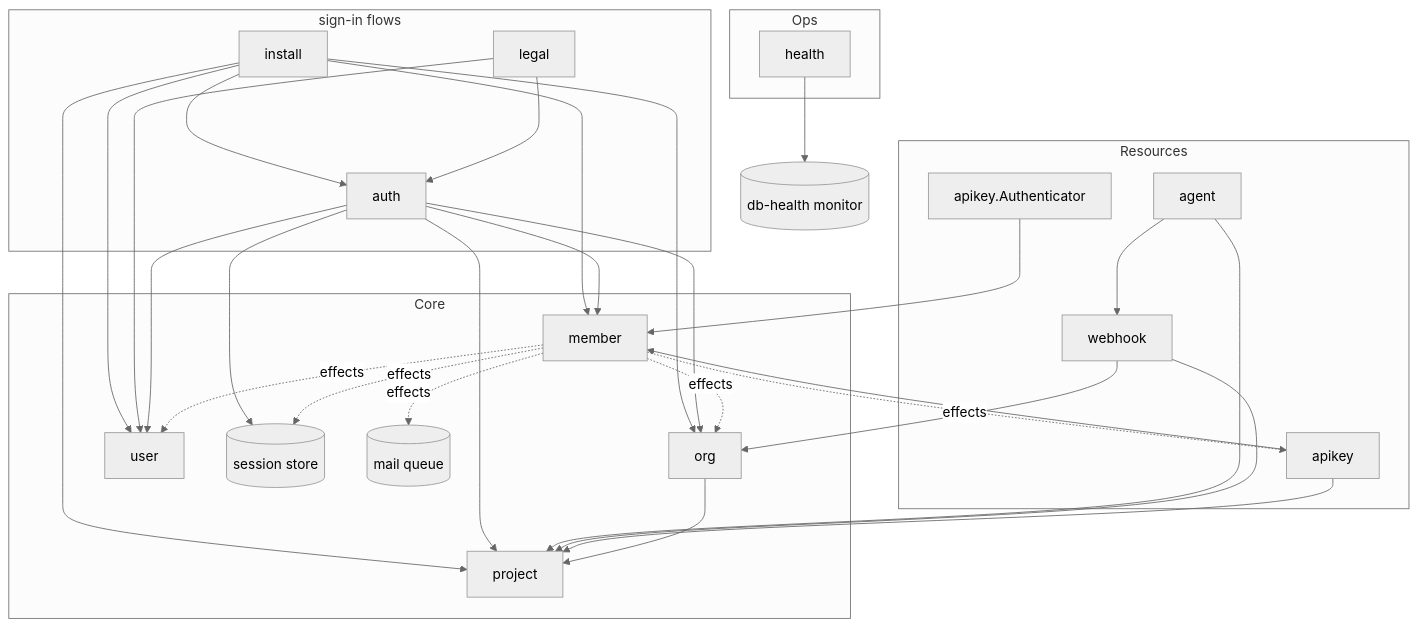
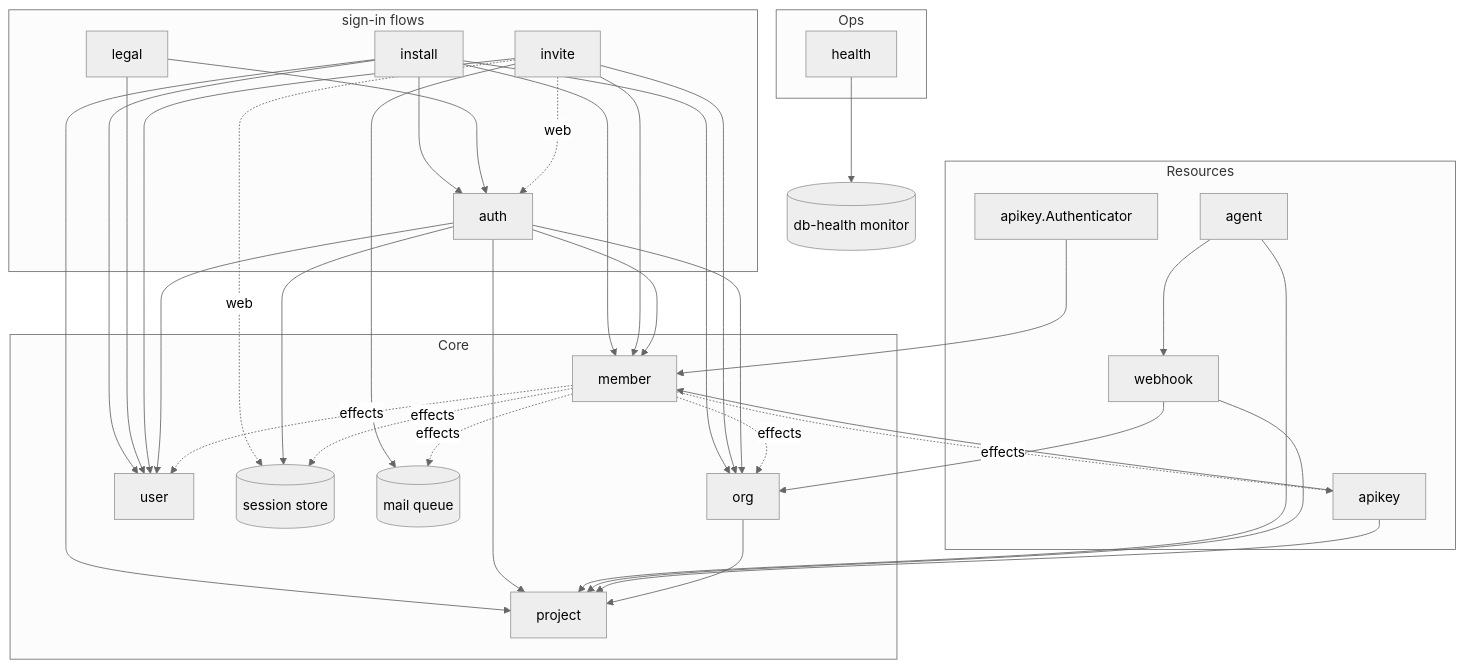
Before and after one commit to altalune-id/oagent: the third of 3 diagrams in internal/boot/README.md, drawn with Mermaid (neutral theme). The commit also changed other lines of this file and 19 other files, not shown here.

Commit message:
feat(web): invite landing with one-step join and a confirmed accept

````diff
--- a/internal/boot/README.md
+++ b/internal/boot/README.md
@@ -101,41 +103,44 @@
 ```mermaid
 flowchart TD
     subgraph Flows["sign-in flows"]
         install
         legal
         auth
+        invite
     end
     subgraph Ops
         health
     end
     subgraph Resources
         agent
         webhook
         apikey
         keyAuthn["apikey.Authenticator"]
     end
     subgraph Core
         org
         project
         member
         user
         sessions[(session store)]
         mailqueue[(mail queue)]
     end
 
     install --> auth
     legal --> auth
     install --> user & org & member & project
     legal --> user
+    invite --> member & user & org & mailqueue
+    invite -. web .-> auth & sessions
     auth --> user & member & org & project & sessions
 
     agent --> webhook
     agent --> project
     webhook --> project & org
     apikey --> project & member
     keyAuthn --> member
     member -. effects .-> sessions & apikey & user & org & mailqueue
     health --> dbh[(db-health monitor)]
 
     org --> project
 ```
````
